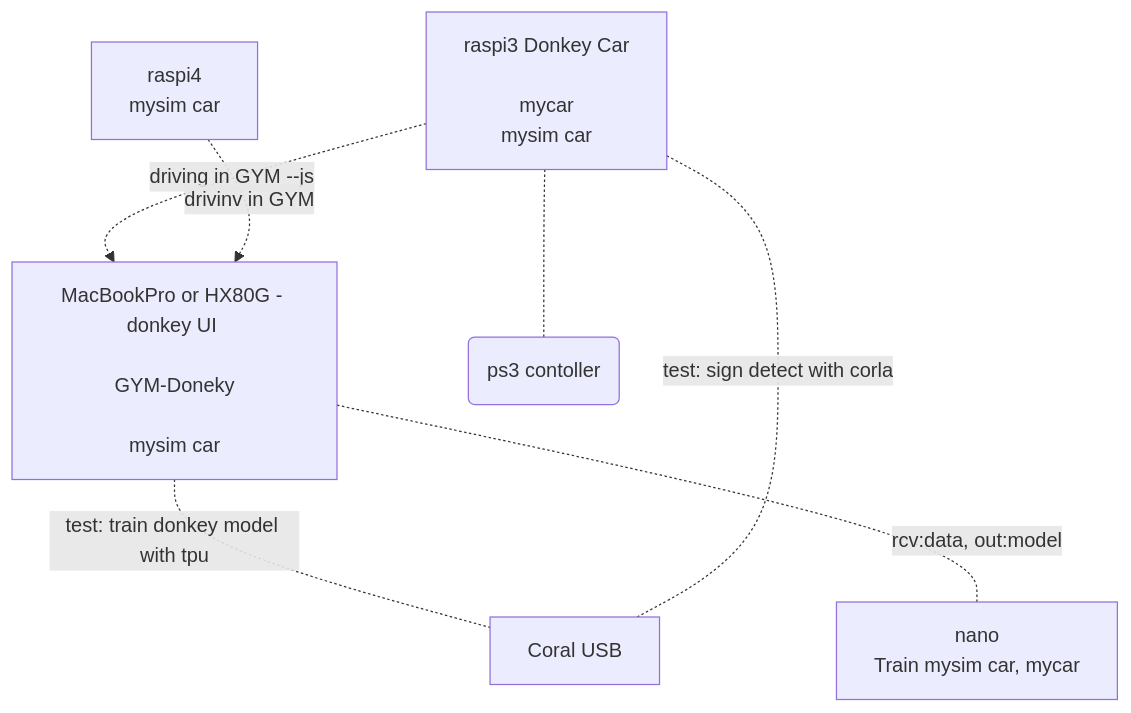
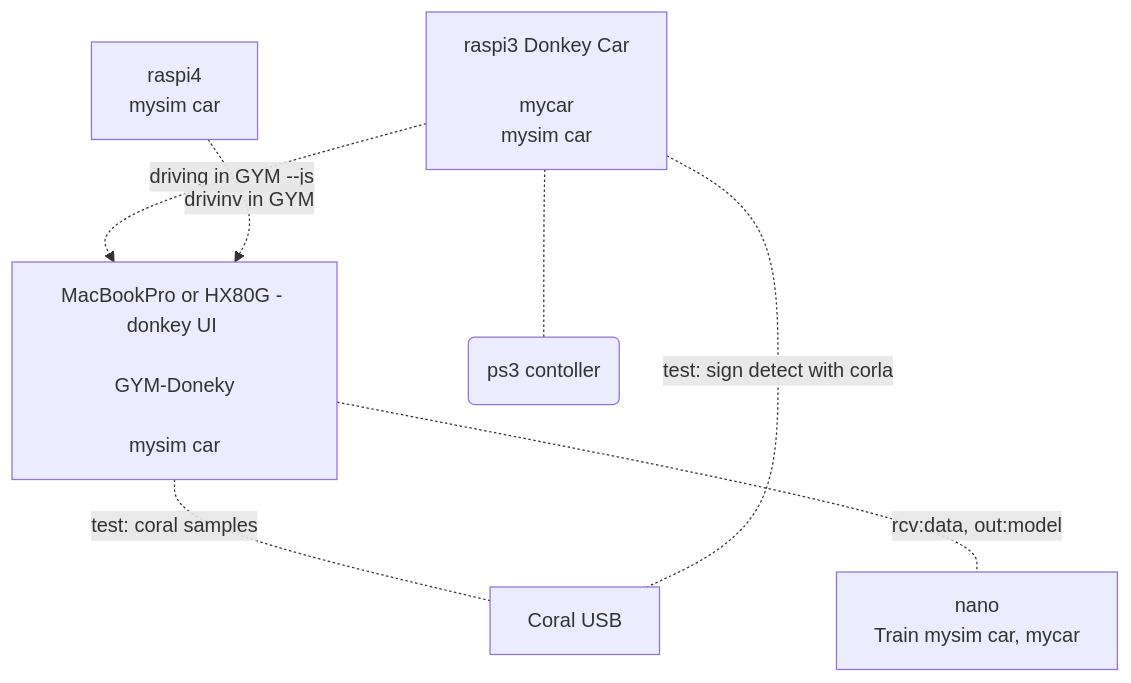
One commit to KwikHangout/AI-RC changed the diagram in memo/setup_memo_mac.md. Above: the diagram before and after it, drawn with Mermaid. The commit also changed other lines of this file and 4 other files, not shown here.

````diff
--- a/memo/setup_memo_mac.md
+++ b/memo/setup_memo_mac.md
@@ -27,19 +27,19 @@
 ```mermaid
 graph TB
 
 mac[MacBookPro or HX80G - donkey UI <br><br>GYM-Doneky<br><br>mysim car]
 raspi4[raspi4<br>mysim car]
 nano[nano<br>Train mysim car, mycar]
 raspi3[raspi3 Donkey Car<br><br>mycar<br>mysim car]
 raspi3 -.- ps3(ps3 contoller)
 tpu[Coral USB]
 
-mac -.test: train donkey model with tpu.-tpu
+mac -.test: coral samples.-tpu
 raspi3 -. test: sign detect with corla .- tpu
 
 raspi3 -. driving in GYM --js .-> mac
 raspi4 -. drivinv in GYM .-> mac
 
 mac -. rcv:data, out:model.- nano
 
 ```
````
